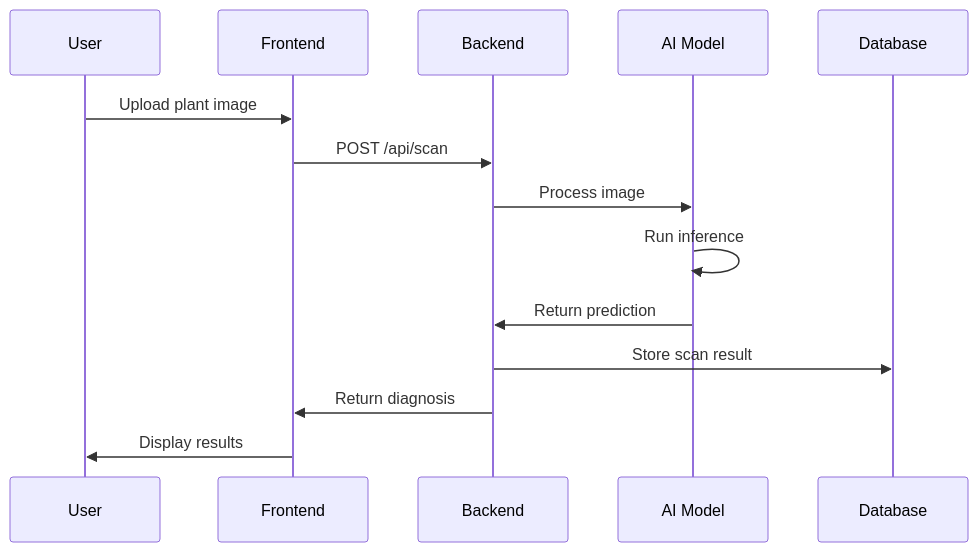
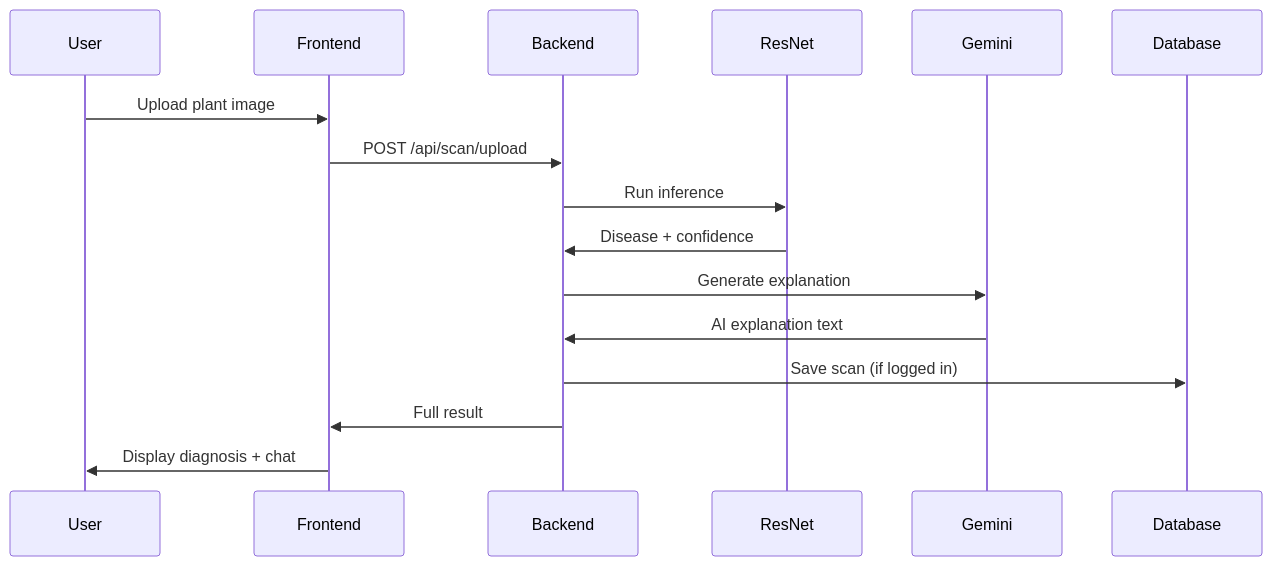
One commit to chandu1234678/AgroSight changed the second of 2 diagrams in README.md. Above: the diagram before and after it, drawn with Mermaid. The commit also changed other lines of this file and 79 other files, not shown here.

````diff
--- a/README.md
+++ b/README.md
@@ -65,17 +61,19 @@
 ```mermaid
 sequenceDiagram
     participant User
     participant Frontend
     participant Backend
-    participant AI Model
+    participant ResNet
+    participant Gemini
     participant Database
-    
+
     User->>Frontend: Upload plant image
-    Frontend->>Backend: POST /api/scan
-    Backend->>AI Model: Process image
-    AI Model->>AI Model: Run inference
-    AI Model->>Backend: Return prediction
-    Backend->>Database: Store scan result
-    Backend->>Frontend: Return diagnosis
-    Frontend->>User: Display results
+    Frontend->>Backend: POST /api/scan/upload
+    Backend->>ResNet: Run inference
+    ResNet->>Backend: Disease + confidence
+    Backend->>Gemini: Generate explanation
+    Gemini->>Backend: AI explanation text
+    Backend->>Database: Save scan (if logged in)
+    Backend->>Frontend: Full result
+    Frontend->>User: Display diagnosis + chat
 ```
````
